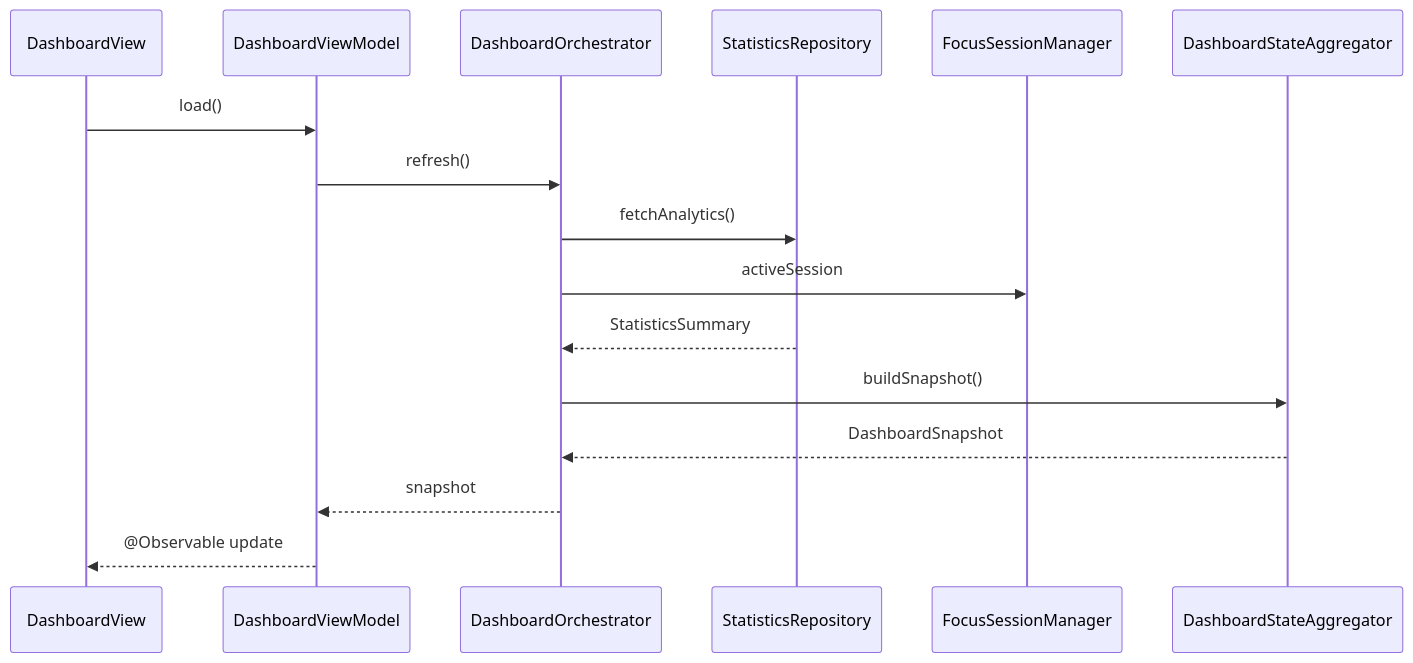
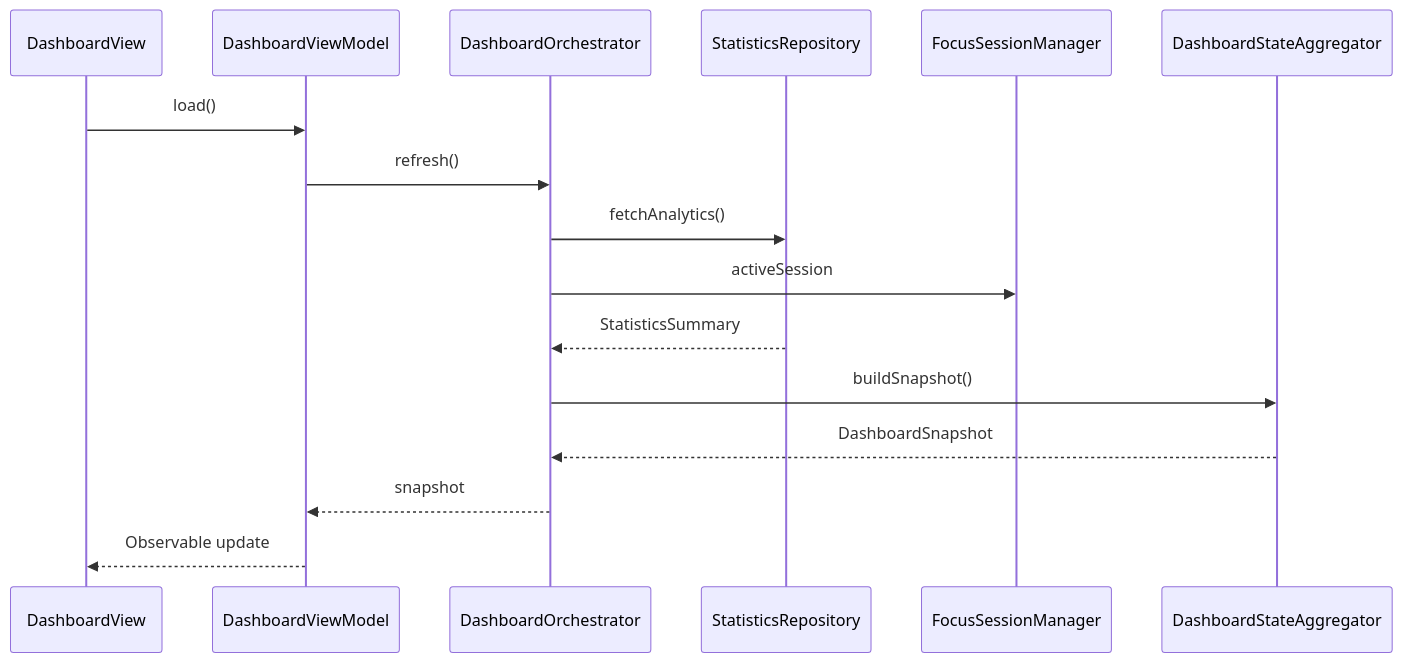
The second of 2 diagrams in docs/interview-guide/02-architecture.md (nguyenquanghuy22041990/FocusUp), drawn with Mermaid before and after one commit. The commit also changed 30 other files, not shown here.

````diff
--- a/docs/interview-guide/02-architecture.md
+++ b/docs/interview-guide/02-architecture.md
@@ -55,19 +55,19 @@
 ```mermaid
 sequenceDiagram
     participant V as DashboardView
     participant VM as DashboardViewModel
     participant O as DashboardOrchestrator
     participant R as StatisticsRepository
     participant F as FocusSessionManager
     participant A as DashboardStateAggregator
 
     V->>VM: load()
     VM->>O: refresh()
     O->>R: fetchAnalytics()
     O->>F: activeSession
     R-->>O: StatisticsSummary
     O->>A: buildSnapshot()
     A-->>O: DashboardSnapshot
     O-->>VM: snapshot
-    VM-->>V: @Observable update
+    VM-->>V: Observable update
 ```
````
